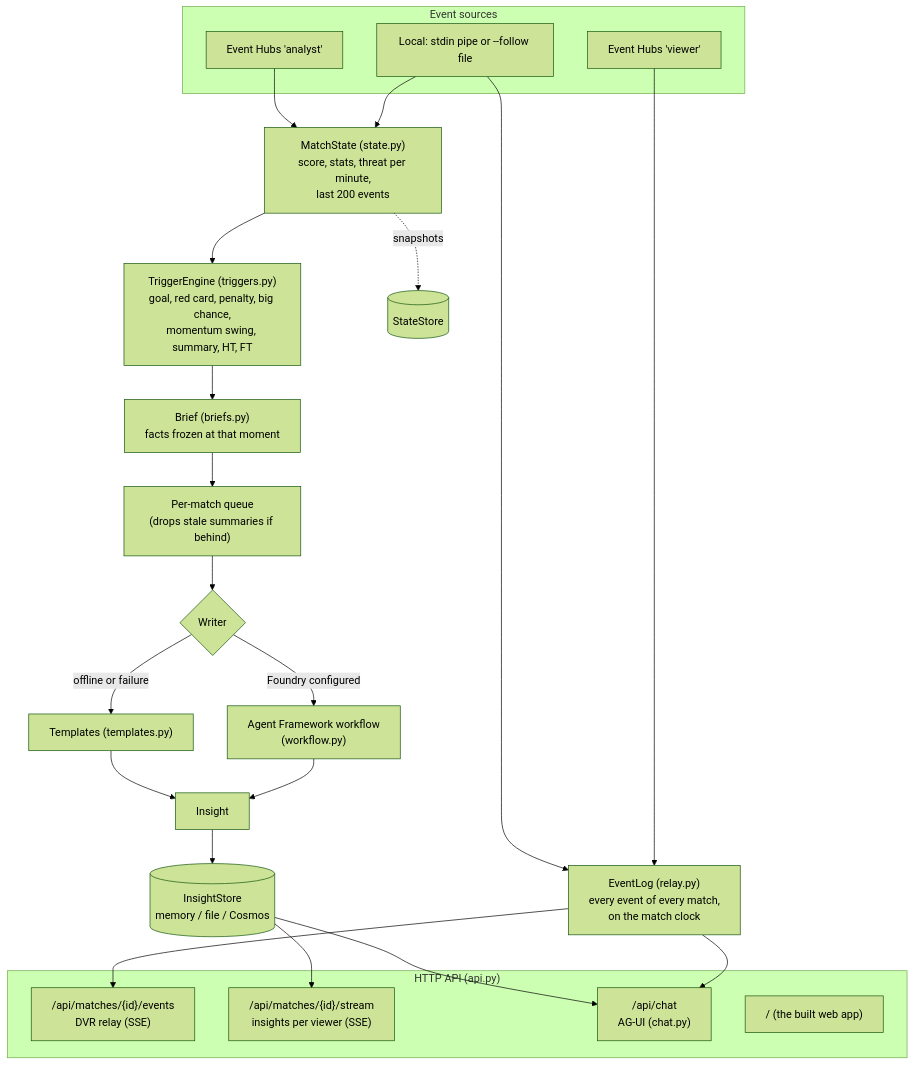
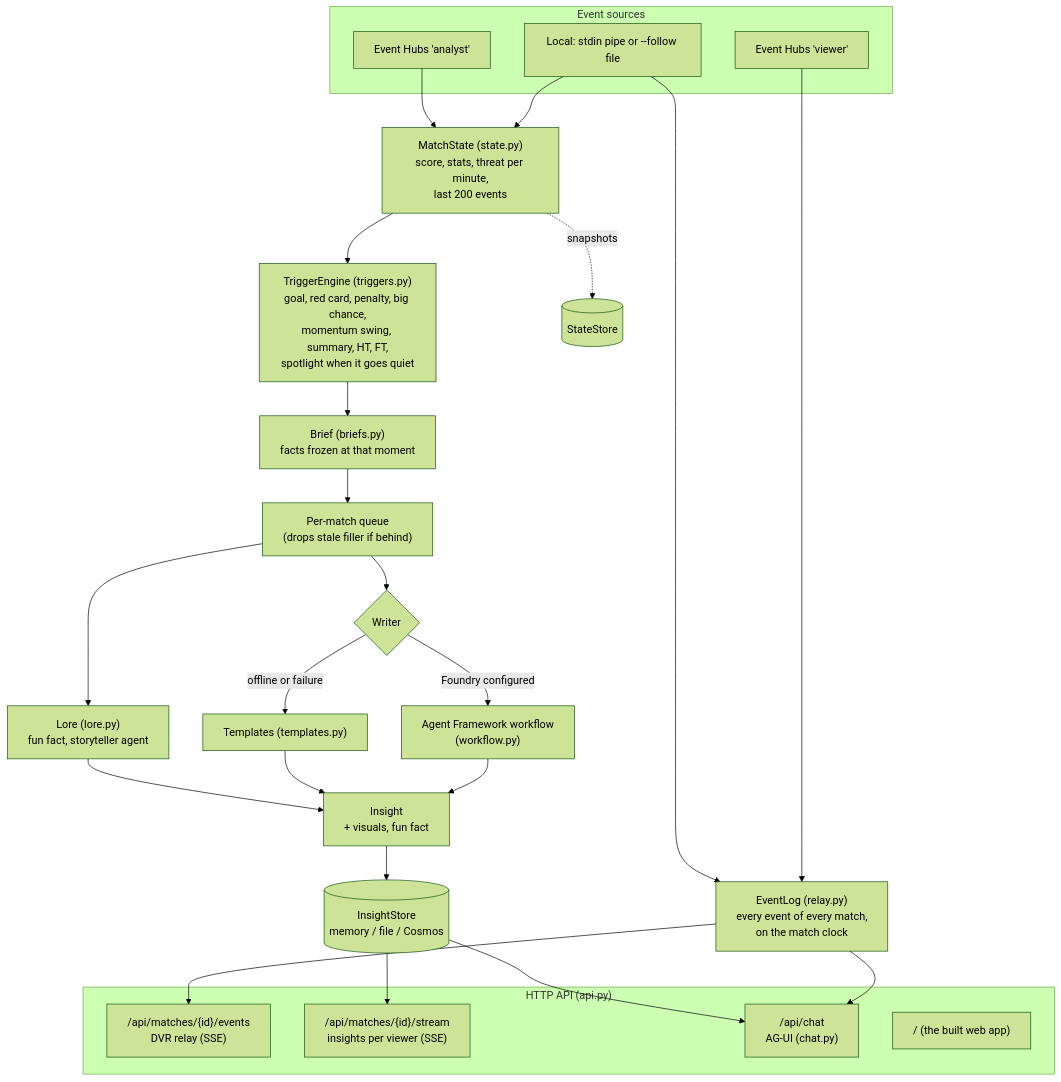
The second of 8 diagrams in DESIGN.md (nesteagle/msft-insidethegame), drawn with Mermaid (forest theme) before and after one commit. The commit also changed other lines of this file and 20 other files, not shown here.

````diff
--- a/DESIGN.md
+++ b/DESIGN.md
@@ -57,35 +57,37 @@
 ```mermaid
 flowchart TB
     subgraph sources["Event sources"]
         ehA["Event Hubs 'analyst'"]
         ehV["Event Hubs 'viewer'"]
         local["Local: stdin pipe or --follow file"]
     end
 
     ehV --> log["EventLog (relay.py)<br/>every event of every match,<br/>on the match clock"]
     local --> log
     local --> state
     ehA --> state["MatchState (state.py)<br/>score, stats, threat per minute,<br/>last 200 events"]
 
-    state --> trig["TriggerEngine (triggers.py)<br/>goal, red card, penalty, big chance,<br/>momentum swing, summary, HT, FT"]
+    state --> trig["TriggerEngine (triggers.py)<br/>goal, red card, penalty, big chance,<br/>momentum swing, summary, HT, FT,<br/>spotlight when it goes quiet"]
     trig --> brief["Brief (briefs.py)<br/>facts frozen at that moment"]
-    brief --> q["Per-match queue<br/>(drops stale summaries if behind)"]
+    brief --> q["Per-match queue<br/>(drops stale filler if behind)"]
     q --> writer{"Writer"}
     writer -->|"Foundry configured"| wf["Agent Framework workflow<br/>(workflow.py)"]
     writer -->|"offline or failure"| tpl["Templates (templates.py)"]
-    wf --> ins["Insight"]
+    wf --> ins["Insight<br/>+ visuals, fun fact"]
     tpl --> ins
+    q --> lore["Lore (lore.py)<br/>fun fact, storyteller agent"]
+    lore --> ins
     ins --> store[("InsightStore<br/>memory / file / Cosmos")]
     state -.->|"snapshots"| sstore[("StateStore")]
 
     subgraph api["HTTP API (api.py)"]
         e1["/api/matches/{id}/events<br/>DVR relay (SSE)"]
         e2["/api/matches/{id}/stream<br/>insights per viewer (SSE)"]
         e3["/api/chat<br/>AG-UI (chat.py)"]
         e4["/ (the built web app)"]
     end
     log --> e1
     store --> e2
     log --> e3
     store --> e3
 ```
````
